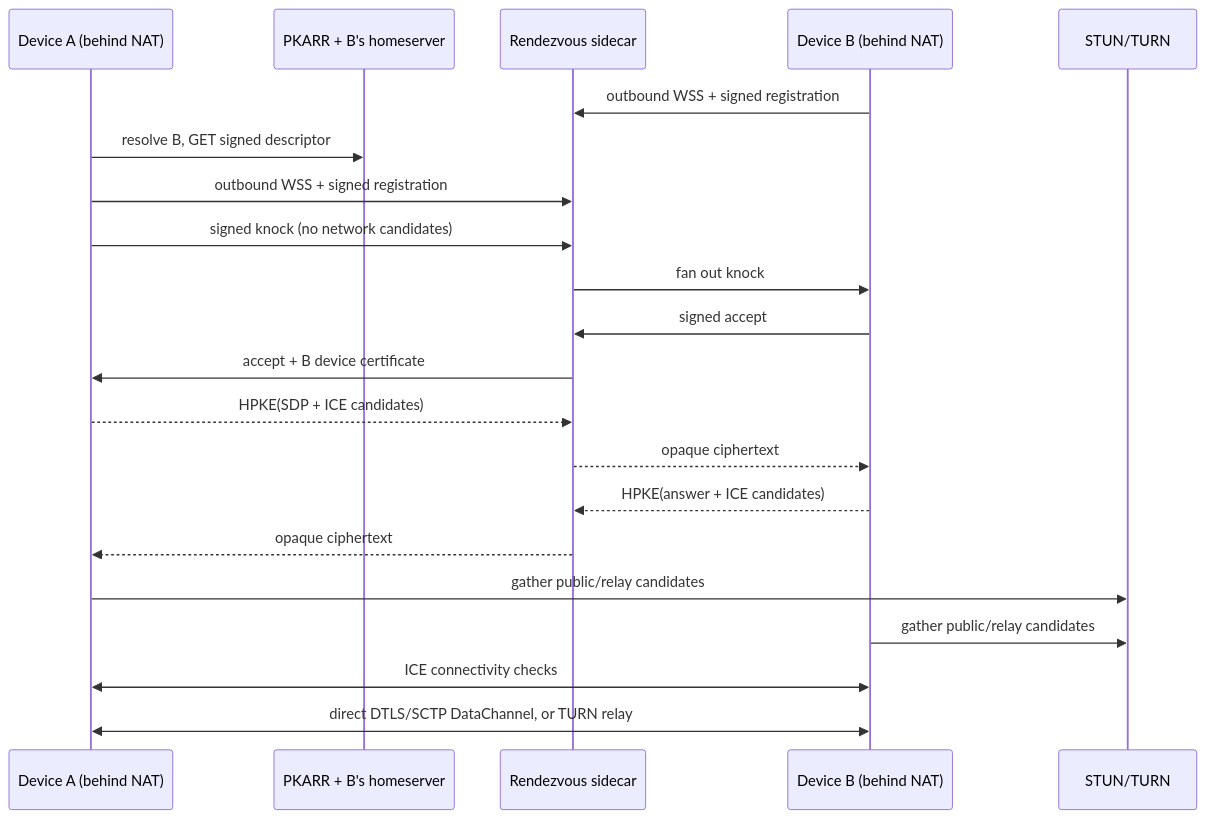
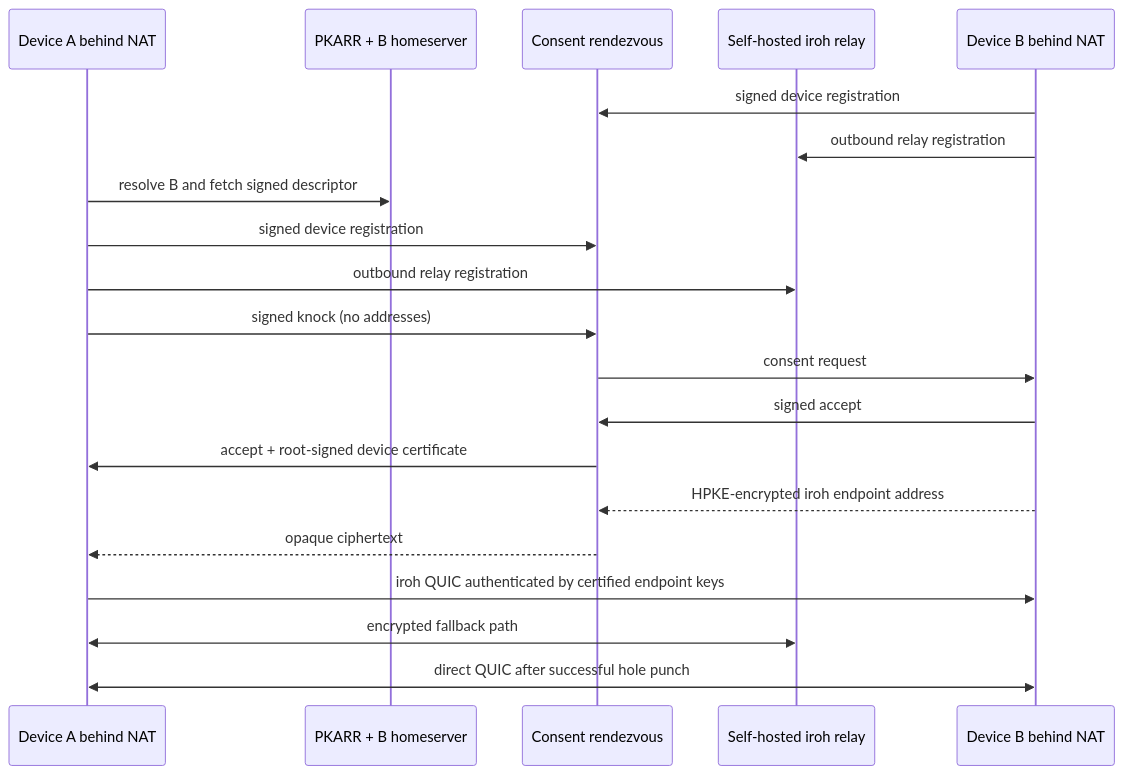
The diagram in README.md (its-gaib/pubky2pubky), drawn with Mermaid before and after one commit. The commit also changed other lines of this file and 38 other files, not shown here.

Commit message:
Implement Pubky consent rendezvous over iroh QUIC

````diff
--- a/README.md
+++ b/README.md
@@ -7,23 +7,22 @@
 ```mermaid
 sequenceDiagram
-    participant A as Device A (behind NAT)
-    participant P as PKARR + B's homeserver
-    participant R as Rendezvous sidecar
-    participant B as Device B (behind NAT)
-    participant T as STUN/TURN
-    B->>R: outbound WSS + signed registration
-    A->>P: resolve B, GET signed descriptor
-    A->>R: outbound WSS + signed registration
-    A->>R: signed knock (no network candidates)
-    R->>B: fan out knock
+    participant A as Device A behind NAT
+    participant P as PKARR + B homeserver
+    participant R as Consent rendezvous
+    participant I as Self-hosted iroh relay
+    participant B as Device B behind NAT
+    B->>R: signed device registration
+    B->>I: outbound relay registration
+    A->>P: resolve B and fetch signed descriptor
+    A->>R: signed device registration
+    A->>I: outbound relay registration
+    A->>R: signed knock (no addresses)
+    R->>B: consent request
     B->>R: signed accept
-    R->>A: accept + B device certificate
-    A-->>R: HPKE(SDP + ICE candidates)
-    R-->>B: opaque ciphertext
-    B-->>R: HPKE(answer + ICE candidates)
+    R->>A: accept + root-signed device certificate
+    B-->>R: HPKE-encrypted iroh endpoint address
     R-->>A: opaque ciphertext
-    A->>T: gather public/relay candidates
-    B->>T: gather public/relay candidates
-    A<<->>B: ICE connectivity checks
-    A<<->>B: direct DTLS/SCTP DataChannel, or TURN relay
+    A->>B: iroh QUIC authenticated by certified endpoint keys
+    A<<->>I: encrypted fallback path
+    A<<->>B: direct QUIC after successful hole punch
 ```
````
